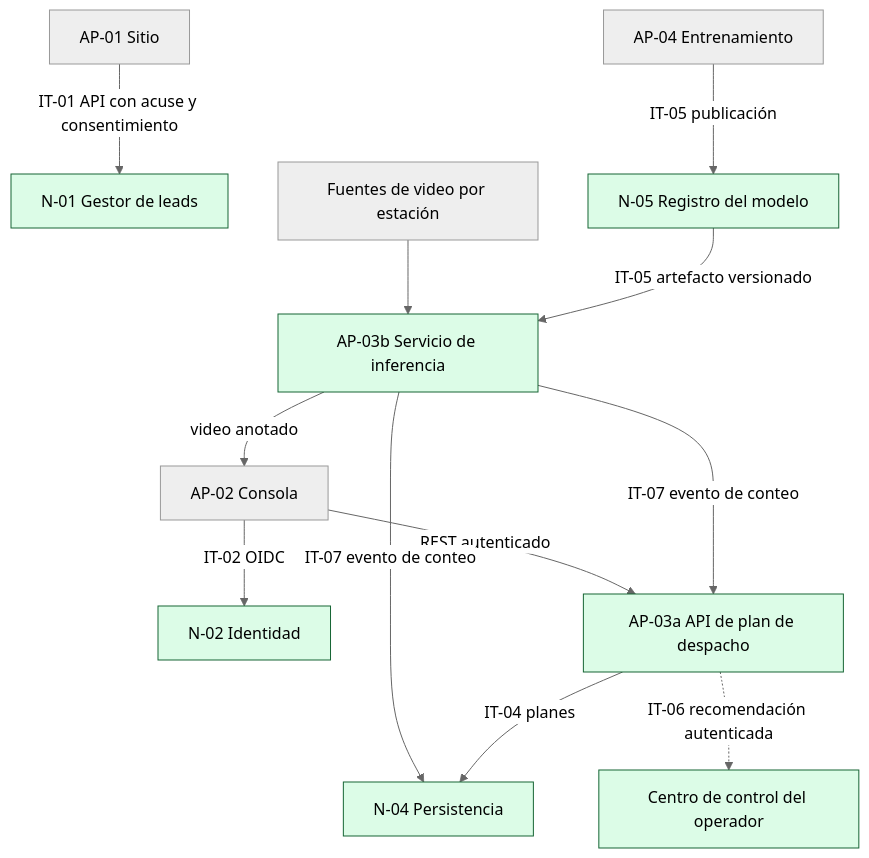
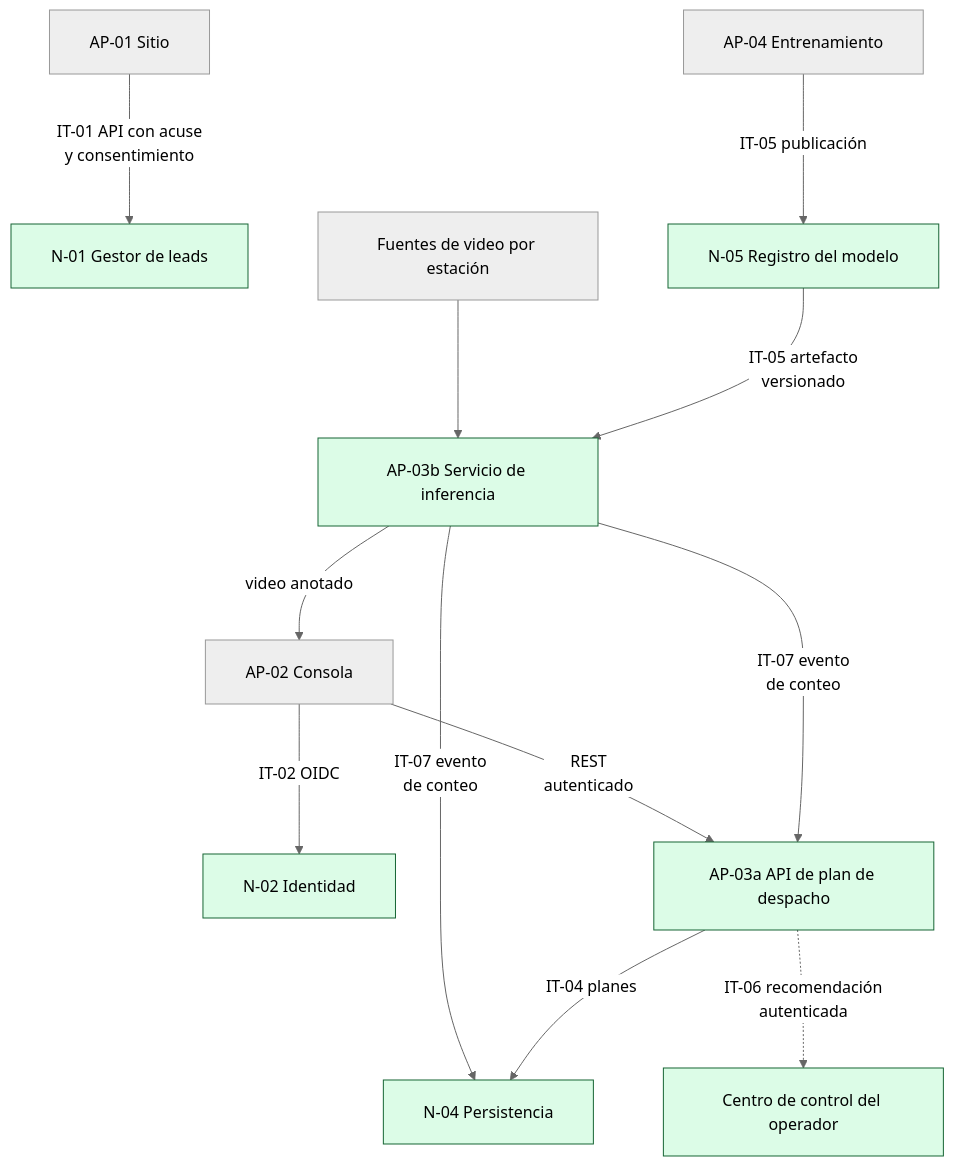
One commit to 5arSanti/tro-launcher changed the diagram in docs/ae-final-project/ondas/M3-aplicaciones/diagramas/E6d-integraciones-to-be.mmd. Above: the diagram before and after it, drawn with Mermaid (neutral theme). The commit also changed 1 other file, not shown here.

```diff
--- a/docs/ae-final-project/ondas/M3-aplicaciones/diagramas/E6d-integraciones-to-be.mmd
+++ b/docs/ae-final-project/ondas/M3-aplicaciones/diagramas/E6d-integraciones-to-be.mmd
@@ -1,14 +1,15 @@
+%%{init: {"flowchart": {"nodeSpacing": 70, "rankSpacing": 90, "curve": "basis", "padding": 20}} }%%
 flowchart TB
-  W[AP-01 Sitio] -- "IT-01 API con acuse y consentimiento" --> CRM[N-01 Gestor de leads]
+  W[AP-01 Sitio] -- "IT-01 API con acuse<br/>y consentimiento" --> CRM[N-01 Gestor de leads]
   F[AP-02 Consola] -- "IT-02 OIDC" --> ID[N-02 Identidad]
-  F -- "REST autenticado" --> A[AP-03a API de plan de despacho]
+  F -- "REST<br/>autenticado" --> A[AP-03a API de plan de despacho]
   CAM[Fuentes de video por estación] --> INF[AP-03b Servicio de inferencia]
-  INF -- "IT-07 evento de conteo" --> A
-  INF -- "IT-07 evento de conteo" --> DB[N-04 Persistencia]
+  INF -- "IT-07 evento<br/>de conteo" --> A
+  INF -- "IT-07 evento<br/>de conteo" --> DB[N-04 Persistencia]
   INF -- "video anotado" --> F
   A -- "IT-04 planes" --> DB
-  REG[N-05 Registro del modelo] -- "IT-05 artefacto versionado" --> INF
+  REG[N-05 Registro del modelo] -- "IT-05 artefacto<br/>versionado" --> INF
   T[AP-04 Entrenamiento] -- "IT-05 publicación" --> REG
-  A -. "IT-06 recomendación autenticada" .-> CC[Centro de control del operador]
+  A -. "IT-06 recomendación<br/>autenticada" .-> CC[Centro de control del operador]
   classDef tobe fill:#dcfce7,stroke:#166534;
   class CRM,ID,INF,A,DB,REG,CC tobe;
```
